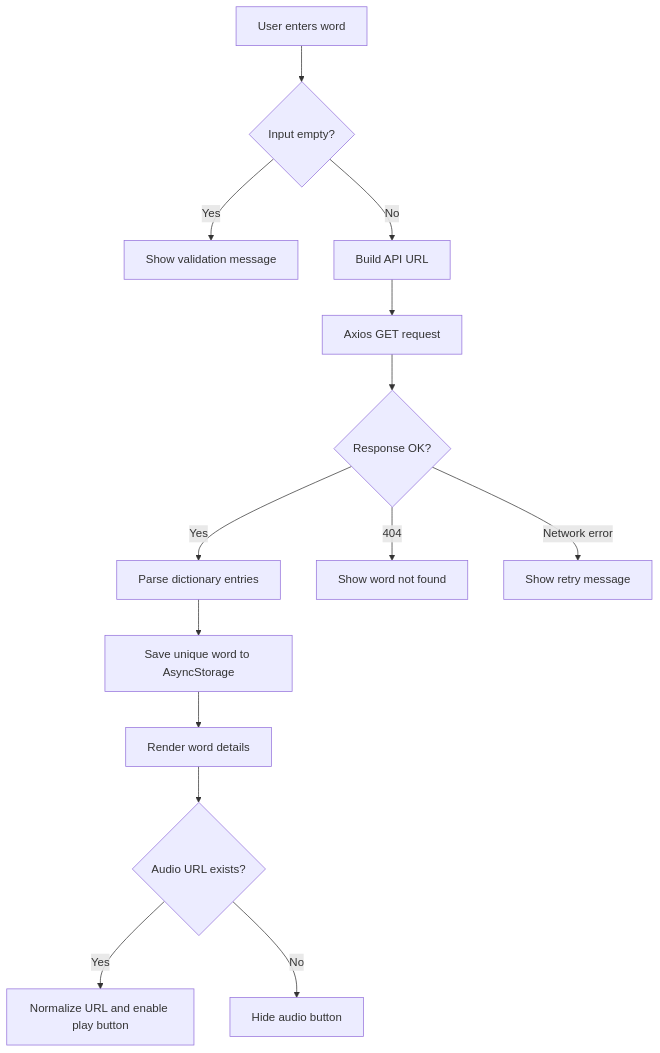
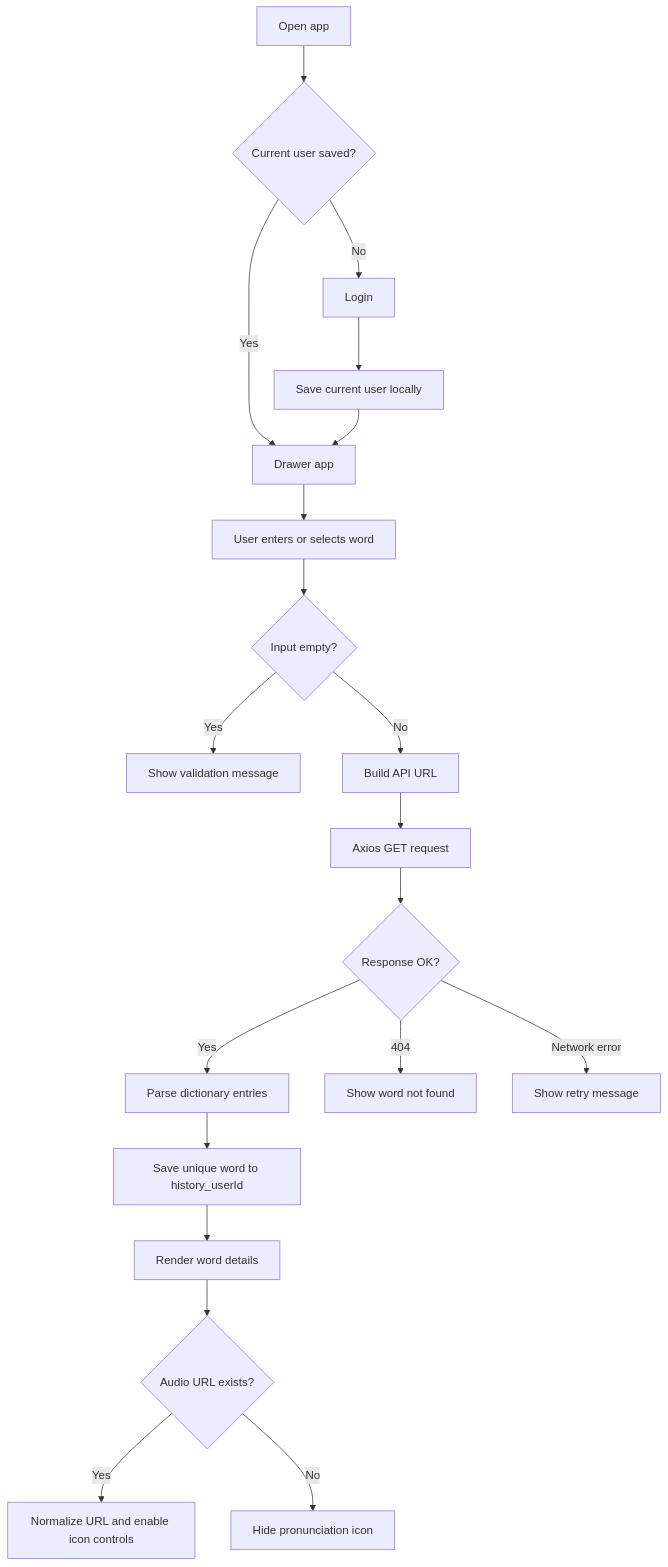
The first of 2 diagrams in MOBILE/DictionaryApp/README.md (Joy-Euse/2026-NE), drawn with Mermaid before and after one commit. The commit also changed other lines of this file and 25 other files, not shown here.

````diff
--- a/MOBILE/DictionaryApp/README.md
+++ b/MOBILE/DictionaryApp/README.md
@@ -45,16 +52,22 @@
 ```mermaid
 flowchart TD
-  A[User enters word] --> B{Input empty?}
-  B -- Yes --> C[Show validation message]
-  B -- No --> D[Build API URL]
-  D --> E[Axios GET request]
-  E --> F{Response OK?}
-  F -- Yes --> G[Parse dictionary entries]
-  G --> H[Save unique word to AsyncStorage]
-  H --> I[Render word details]
-  I --> J{Audio URL exists?}
-  J -- Yes --> K[Normalize URL and enable play button]
-  J -- No --> L[Hide audio button]
-  F -- 404 --> M[Show word not found]
-  F -- Network error --> N[Show retry message]
+  A[Open app] --> B{Current user saved?}
+  B -- No --> C[Login]
+  C --> D[Save current user locally]
+  B -- Yes --> E[Drawer app]
+  D --> E
+  E --> F[User enters or selects word]
+  F --> G{Input empty?}
+  G -- Yes --> H[Show validation message]
+  G -- No --> I[Build API URL]
+  I --> J[Axios GET request]
+  J --> K{Response OK?}
+  K -- Yes --> L[Parse dictionary entries]
+  L --> M[Save unique word to history_userId]
+  M --> N[Render word details]
+  N --> O{Audio URL exists?}
+  O -- Yes --> P[Normalize URL and enable icon controls]
+  O -- No --> Q[Hide pronunciation icon]
+  K -- 404 --> R[Show word not found]
+  K -- Network error --> S[Show retry message]
 ```
````
